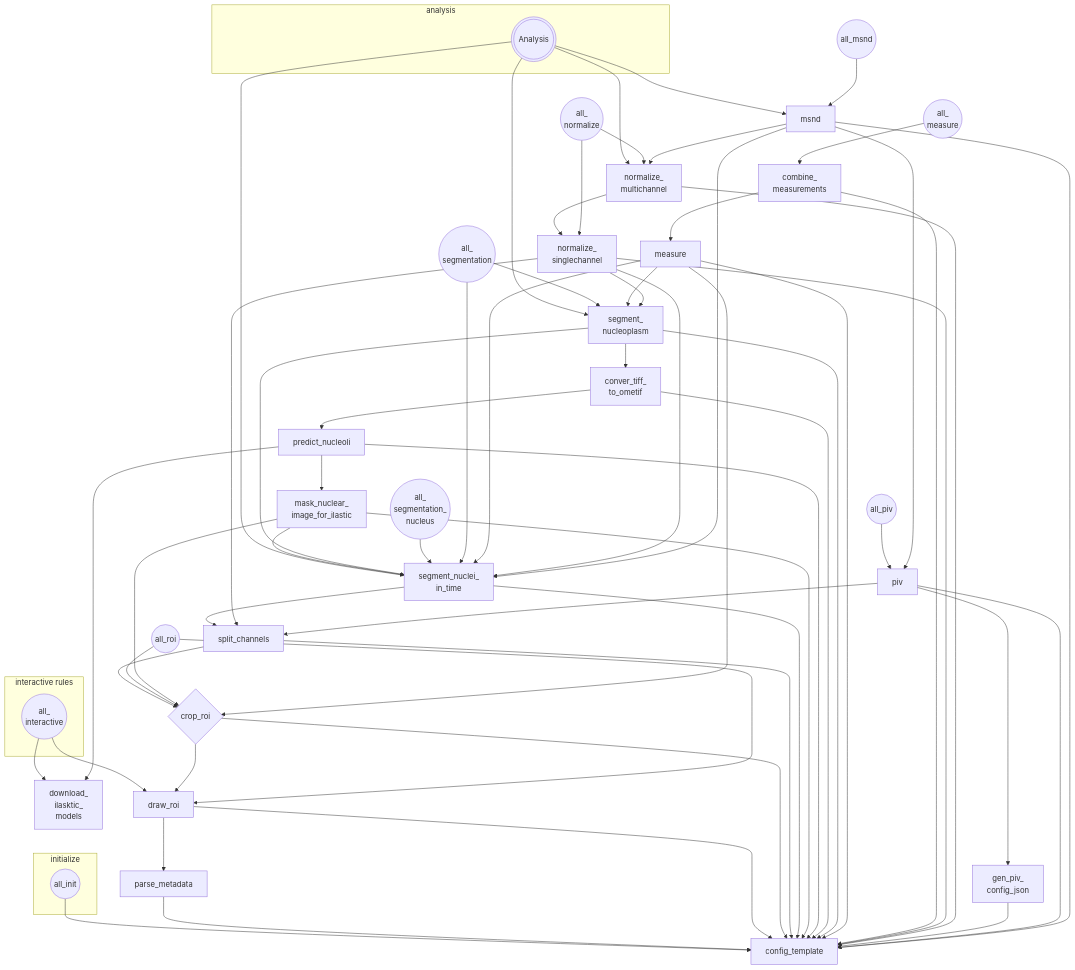
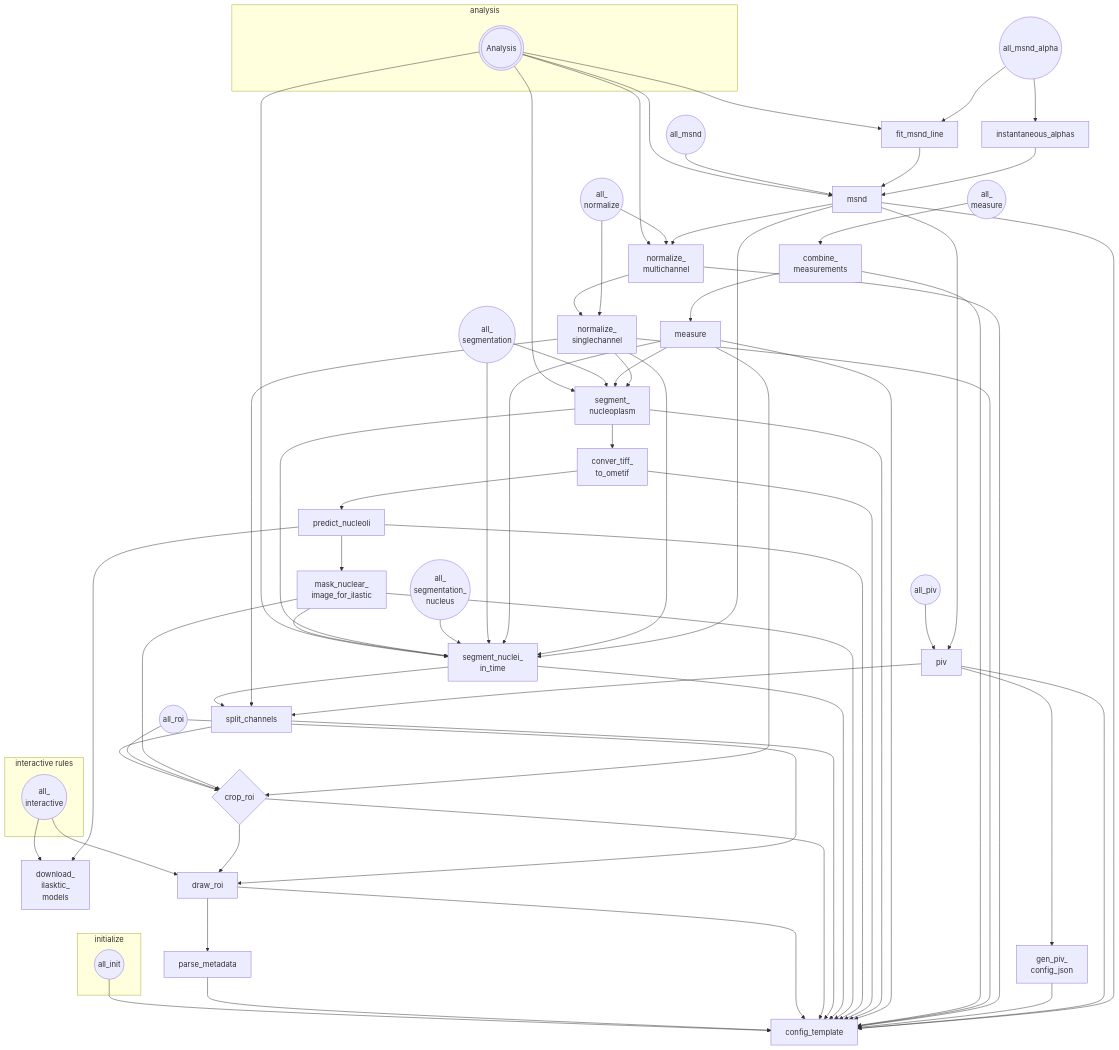
One commit to yichechang/alu-mobility changed the diagram in README.md. Above: the diagram before and after it, drawn with Mermaid. The commit also changed other lines of this file, not shown here.

````diff
--- a/README.md
+++ b/README.md
@@ -13,67 +20,73 @@
 ```mermaid
 graph TD
     subgraph analysis
     A(((Analysis)))
     end
-    A(((Analysis))) --> A81 & A52 & A31 & A35
+    A(((Analysis))) --> A91 & A81 & A52 & A31 & A35
 
     subgraph initialize
     A99((all_init))
     end
 
     subgraph interactive rules
     A98((all_<br>interactive))
     end
 
     A1((all_roi))
 
 
     A2((all_<br>segmentation_<br>nucleus))
     A3((all_<br>segmentation))
 
 
     A4((all_<br>measure))
     A5((all_<br>normalize))
 
 
     A6((all_piv))
     A8((all_msnd))
+    A9((all_msnd_alpha))
 
     
 
     A01[config_template]
     A99 --> A01
 
     A02[download_<br>ilasktic_<br>models]
     A98 --> A02 & A12
 
     A11[parse_metadata] --> A01
     A12[draw_roi] --> A11 &  A01
     A13{crop_roi} --> A12 & A01
     A14[split_channels] --> A13 & A01
     A1 --> A12 & A13
 
     A31[segment_nuclei_<br>in_time] --> A14 & A01
     A32[mask_nuclear_<br>image_for_ilastic] --> A31 & A13 & A01
     A33[predict_nucleoli] --> A32 & A02 & A01
     A34[conver_tiff_<br>to_ometif] --> A33 & A01
     A35[segment_<br>nucleoplasm] --> A31 & A34 & A01
     A2 --> A31
     A3 --> A31 & A35
 
     A41[measure] --> A13 & A31 & A35 & A01
     A42[combine_<br>measurements] --> A41 & A01
     A4 --> A42
 
     A51[normalize_<br>singlechannel] --> A14 & A31 & A35 & A01
     A52[normalize_<br>multichannel] --> A51 & A01
     A5 --> A51 & A52
 
     A61[gen_piv_<br>config_json] --> A01
     A62[piv] --> A61 & A14 & A01
     A6 --> A62
 
 
     A81[msnd] --> A62 & A52 & A31 & A01
     A8 --> A81
+
+
+    A91[fit_msnd_line] --> A81
+    A92[instantaneous_alphas] --> A81
+    A9 --> A91 & A92
 ```
````
